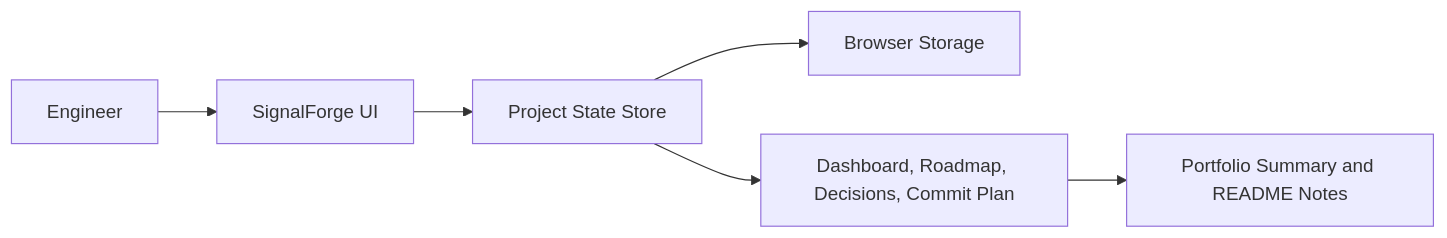
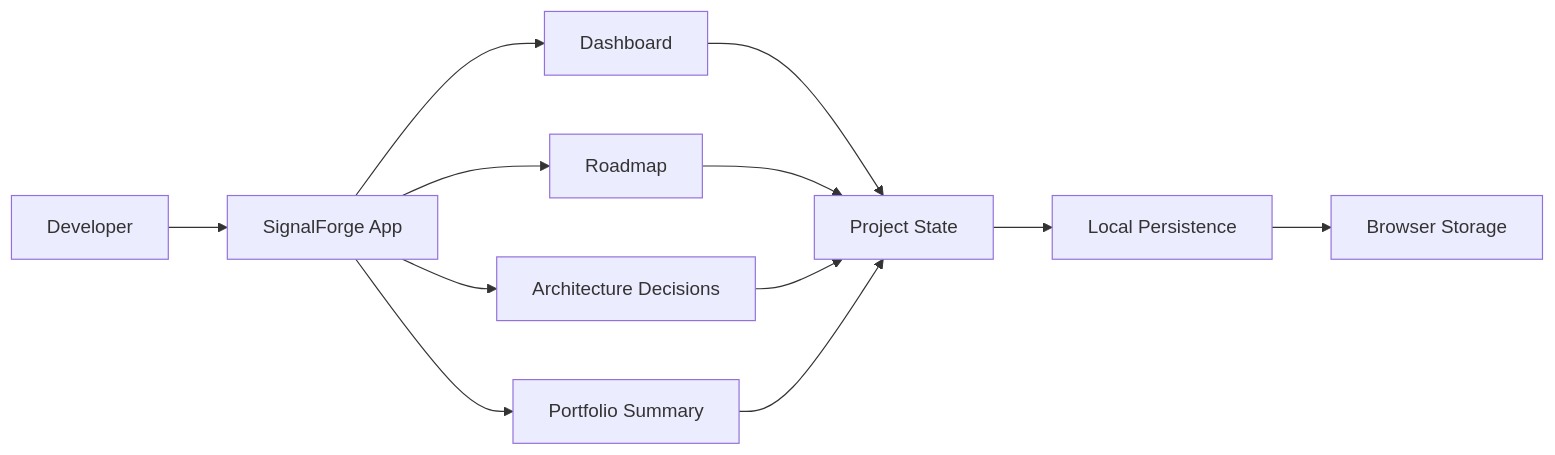
Before and after one commit to ASKR04/JavaScript: the first of 2 diagrams in README.md, drawn with Mermaid. The commit also changed other lines of this file, not shown here.

Commit message:
docs: rewrite README for SignalForge

````diff
--- a/README.md
+++ b/README.md
@@ -42,8 +24,14 @@
 ```mermaid
 flowchart LR
-    User["Engineer"] --> UI["SignalForge UI"]
-    UI --> State["Project State Store"]
-    State --> Storage["Browser Storage"]
-    State --> Views["Dashboard, Roadmap, Decisions, Commit Plan"]
-    Views --> Export["Portfolio Summary and README Notes"]
+    User["Developer"] --> App["SignalForge App"]
+    App --> Dashboard["Dashboard"]
+    App --> Roadmap["Roadmap"]
+    App --> Decisions["Architecture Decisions"]
+    App --> Summary["Portfolio Summary"]
+    Dashboard --> Store["Project State"]
+    Roadmap --> Store
+    Decisions --> Store
+    Summary --> Store
+    Store --> Persistence["Local Persistence"]
+    Persistence --> Browser["Browser Storage"]
 ```
````
